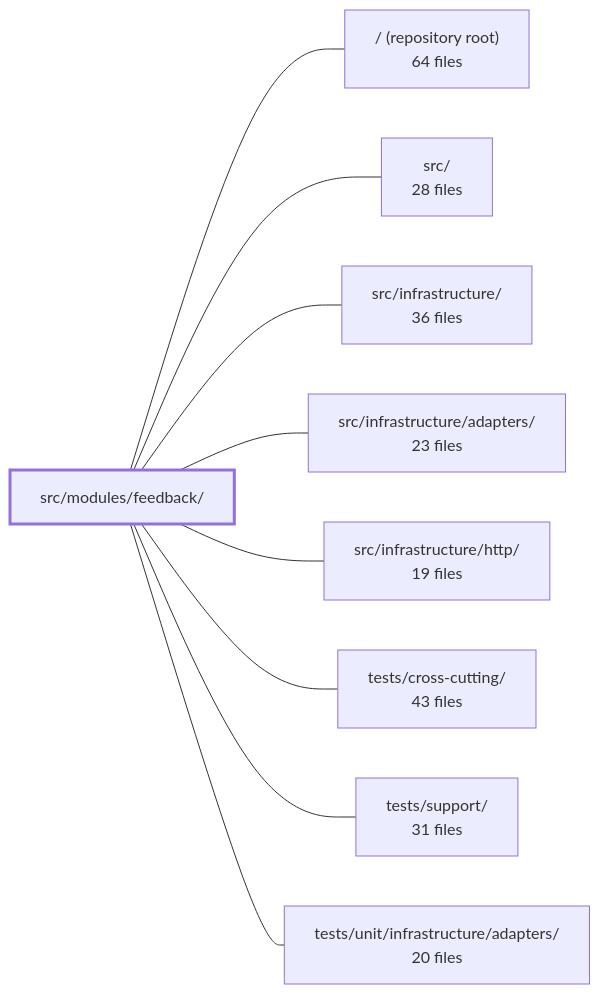
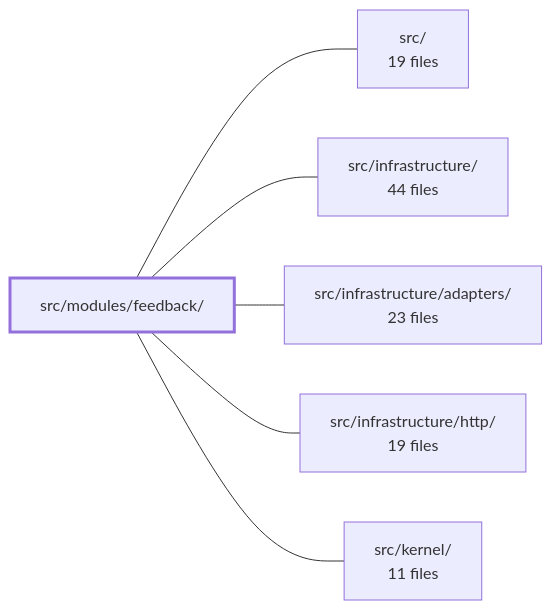
Before and after one commit to Guebbit/boilerplate-node-backend: the diagram in .2brain/modules/boilerplate-node-backend_src_modules_feedback.md, drawn with Mermaid. The commit also changed other lines of this file and 137 other files, not shown here.

````diff
--- a/.2brain/modules/boilerplate-node-backend_src_modules_feedback.md
+++ b/.2brain/modules/boilerplate-node-backend_src_modules_feedback.md
@@ -40,21 +41,15 @@
 ```mermaid
 flowchart LR
     m_src_modules_feedback["src/modules/feedback/"]
-    m_root["/ (repository root)<br/>64 files"]
-    m_src["src/<br/>28 files"]
-    m_src_infrastructure["src/infrastructure/<br/>36 files"]
+    m_src["src/<br/>19 files"]
+    m_src_infrastructure["src/infrastructure/<br/>44 files"]
     m_src_infrastructure_adapters["src/infrastructure/adapters/<br/>23 files"]
     m_src_infrastructure_http["src/infrastructure/http/<br/>19 files"]
-    m_tests_cross_cutting["tests/cross-cutting/<br/>43 files"]
-    m_tests_support["tests/support/<br/>31 files"]
-    m_tests_unit_infrastructure_adapters["tests/unit/infrastructure/adapters/<br/>20 files"]
-    m_src_modules_feedback --- m_root
+    m_src_kernel["src/kernel/<br/>11 files"]
     m_src_modules_feedback --- m_src
     m_src_modules_feedback --- m_src_infrastructure
     m_src_modules_feedback --- m_src_infrastructure_adapters
     m_src_modules_feedback --- m_src_infrastructure_http
-    m_src_modules_feedback --- m_tests_cross_cutting
-    m_src_modules_feedback --- m_tests_support
-    m_src_modules_feedback --- m_tests_unit_infrastructure_adapters
+    m_src_modules_feedback --- m_src_kernel
     style m_src_modules_feedback stroke-width:3px
 ```
````
